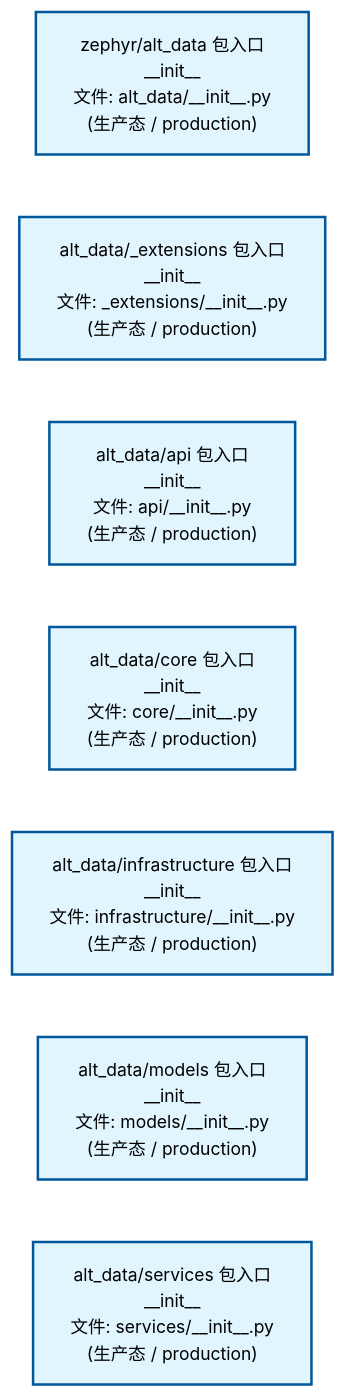
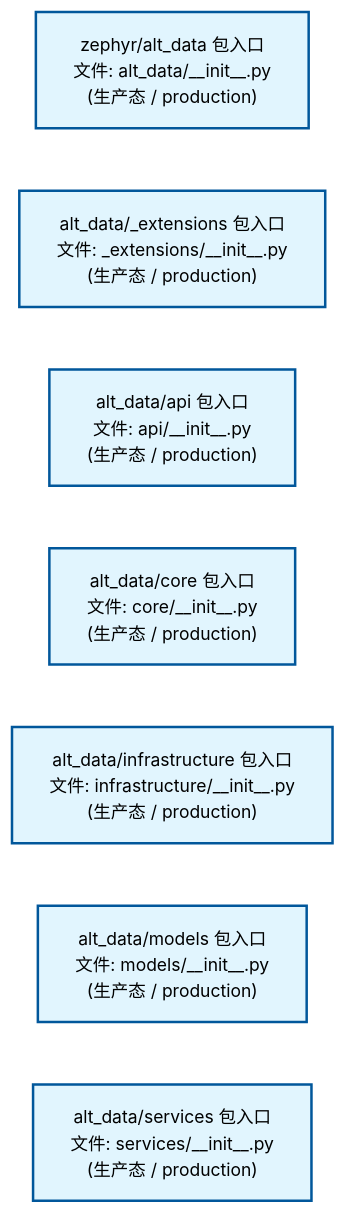
One commit to xuanFelixVan/ZephyrAlpha changed the first of 2 diagrams in docs/02_enterprise_architecture/02_domain_architecture_docs/09_d_alt_data.md. Above: the diagram before and after it, drawn with Mermaid. The commit also changed other lines of this file and 58 other files, not shown here.

````diff
--- a/docs/02_enterprise_architecture/02_domain_architecture_docs/09_d_alt_data.md
+++ b/docs/02_enterprise_architecture/02_domain_architecture_docs/09_d_alt_data.md
@@ -53,22 +53,22 @@
 ```mermaid
 %%{init: {'theme': 'base', 'themeVariables': {'primaryColor': '#eaeaea', 'primaryTextColor': '#333333', 'primaryBorderColor': '#666666', 'lineColor': '#666666', 'secondaryColor': '#eaeaea', 'tertiaryColor': '#eaeaea', 'fontSize': '14px'}}}%%
 flowchart TD
-    src_zephyr_alt_data_init_py["zephyr/alt_data 包入口<br/>__init__<br/>文件: alt_data/__init__.py<br/>(生产态 / production)"]
-    src_zephyr_alt_data_extensions_init_py["alt_data/_extensions 包入口<br/>__init__<br/>文件: _extensions/__init__.py<br/>(生产态 / production)"]
-    src_zephyr_alt_data_api_init_py["alt_data/api 包入口<br/>__init__<br/>文件: api/__init__.py<br/>(生产态 / production)"]
-    src_zephyr_alt_data_core_init_py["alt_data/core 包入口<br/>__init__<br/>文件: core/__init__.py<br/>(生产态 / production)"]
-    src_zephyr_alt_data_infrastructure_init_py["alt_data/infrastructure 包入口<br/>__init__<br/>文件: infrastructure/__init__.py<br/>(生产态 / production)"]
-    src_zephyr_alt_data_models_init_py["alt_data/models 包入口<br/>__init__<br/>文件: models/__init__.py<br/>(生产态 / production)"]
-    src_zephyr_alt_data_services_init_py["alt_data/services 包入口<br/>__init__<br/>文件: services/__init__.py<br/>(生产态 / production)"]
+    src_zephyr_alt_data_init_py["zephyr/alt_data 包入口<br/>文件: alt_data/__init__.py<br/>(生产态 / production)"]
+    src_zephyr_alt_data_extensions_init_py["alt_data/_extensions 包入口<br/>文件: _extensions/__init__.py<br/>(生产态 / production)"]
+    src_zephyr_alt_data_api_init_py["alt_data/api 包入口<br/>文件: api/__init__.py<br/>(生产态 / production)"]
+    src_zephyr_alt_data_core_init_py["alt_data/core 包入口<br/>文件: core/__init__.py<br/>(生产态 / production)"]
+    src_zephyr_alt_data_infrastructure_init_py["alt_data/infrastructure 包入口<br/>文件: infrastructure/__init__.py<br/>(生产态 / production)"]
+    src_zephyr_alt_data_models_init_py["alt_data/models 包入口<br/>文件: models/__init__.py<br/>(生产态 / production)"]
+    src_zephyr_alt_data_services_init_py["alt_data/services 包入口<br/>文件: services/__init__.py<br/>(生产态 / production)"]
     src_zephyr_alt_data_init_py ~~~ src_zephyr_alt_data_extensions_init_py
     src_zephyr_alt_data_extensions_init_py ~~~ src_zephyr_alt_data_api_init_py
     src_zephyr_alt_data_api_init_py ~~~ src_zephyr_alt_data_core_init_py
     src_zephyr_alt_data_core_init_py ~~~ src_zephyr_alt_data_infrastructure_init_py
     src_zephyr_alt_data_infrastructure_init_py ~~~ src_zephyr_alt_data_models_init_py
     src_zephyr_alt_data_models_init_py ~~~ src_zephyr_alt_data_services_init_py
     classDef production fill:#e1f5fe,stroke:#01579b,stroke-width:2px,color:#000
     classDef design fill:#fff3e0,stroke:#e65100,stroke-width:2px,color:#000,stroke-dasharray: 5 5
     classDef external_prod fill:#e8f4fd,stroke:#0277bd,stroke-width:1px,color:#000
     classDef external_design fill:#fff8e7,stroke:#ef6c00,stroke-width:1px,color:#000,stroke-dasharray: 5 5
     class src_zephyr_alt_data_init_py,src_zephyr_alt_data_extensions_init_py,src_zephyr_alt_data_api_init_py,src_zephyr_alt_data_core_init_py,src_zephyr_alt_data_infrastructure_init_py,src_zephyr_alt_data_models_init_py,src_zephyr_alt_data_services_init_py production
 ```
````
